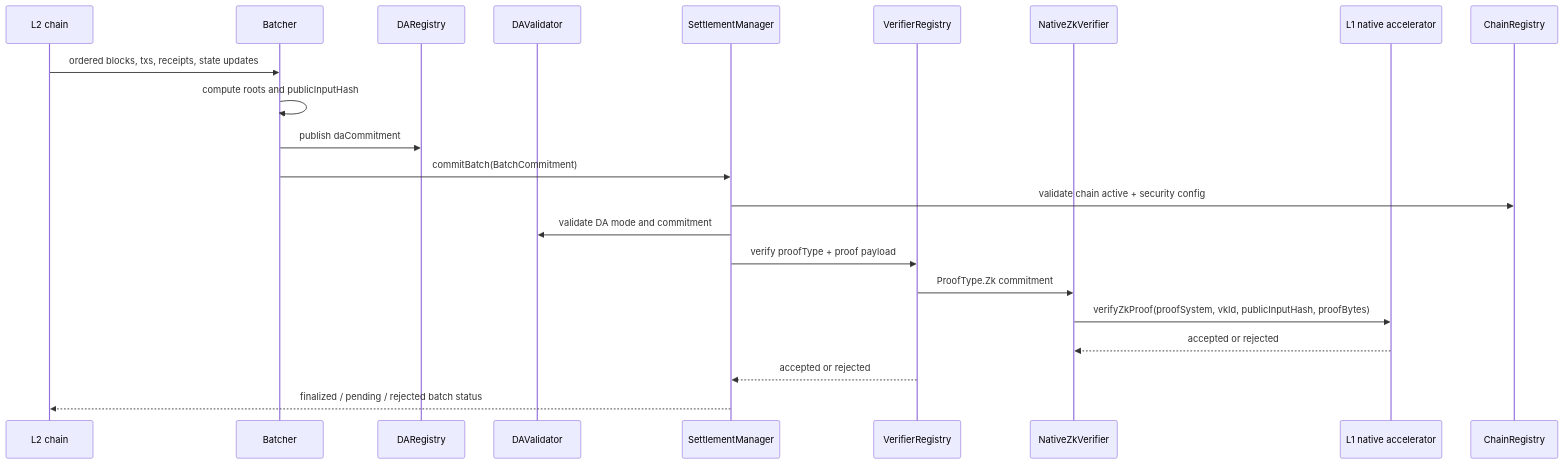
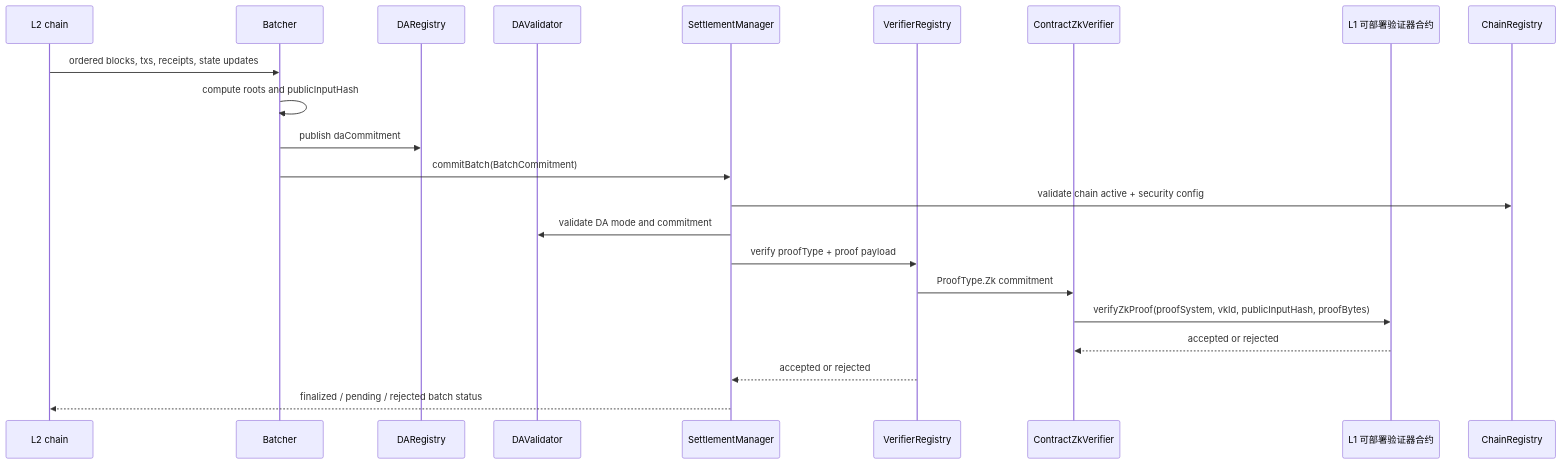
One commit to r3e-network/neo-n4 changed the fifth of 10 diagrams in docs/zh/neohub-architecture-and-workflows.md. Above: the diagram before and after it, drawn with Mermaid. The commit also changed other lines of this file and 97 other files, not shown here.

````diff
--- a/docs/zh/neohub-architecture-and-workflows.md
+++ b/docs/zh/neohub-architecture-and-workflows.md
@@ -213,25 +213,25 @@
 ```mermaid
 sequenceDiagram
     participant L2 as L2 chain
     participant Batcher as Batcher
     participant DA as DARegistry
     participant DAVal as DAValidator
     participant Settle as SettlementManager
     participant Verifier as VerifierRegistry
-    participant NativeZk as NativeZkVerifier
-    participant Native as L1 native accelerator
+    participant NativeZk as ContractZkVerifier
+    participant Native as L1 可部署验证器合约
     participant Chain as ChainRegistry
 
     L2->>Batcher: ordered blocks, txs, receipts, state updates
     Batcher->>Batcher: compute roots and publicInputHash
     Batcher->>DA: publish daCommitment
     Batcher->>Settle: commitBatch(BatchCommitment)
     Settle->>Chain: validate chain active + security config
     Settle->>DAVal: validate DA mode and commitment
     Settle->>Verifier: verify proofType + proof payload
     Verifier->>NativeZk: ProofType.Zk commitment
     NativeZk->>Native: verifyZkProof(proofSystem, vkId, publicInputHash, proofBytes)
     Native-->>NativeZk: accepted or rejected
     Verifier-->>Settle: accepted or rejected
     Settle-->>L2: finalized / pending / rejected batch status
 ```
````
